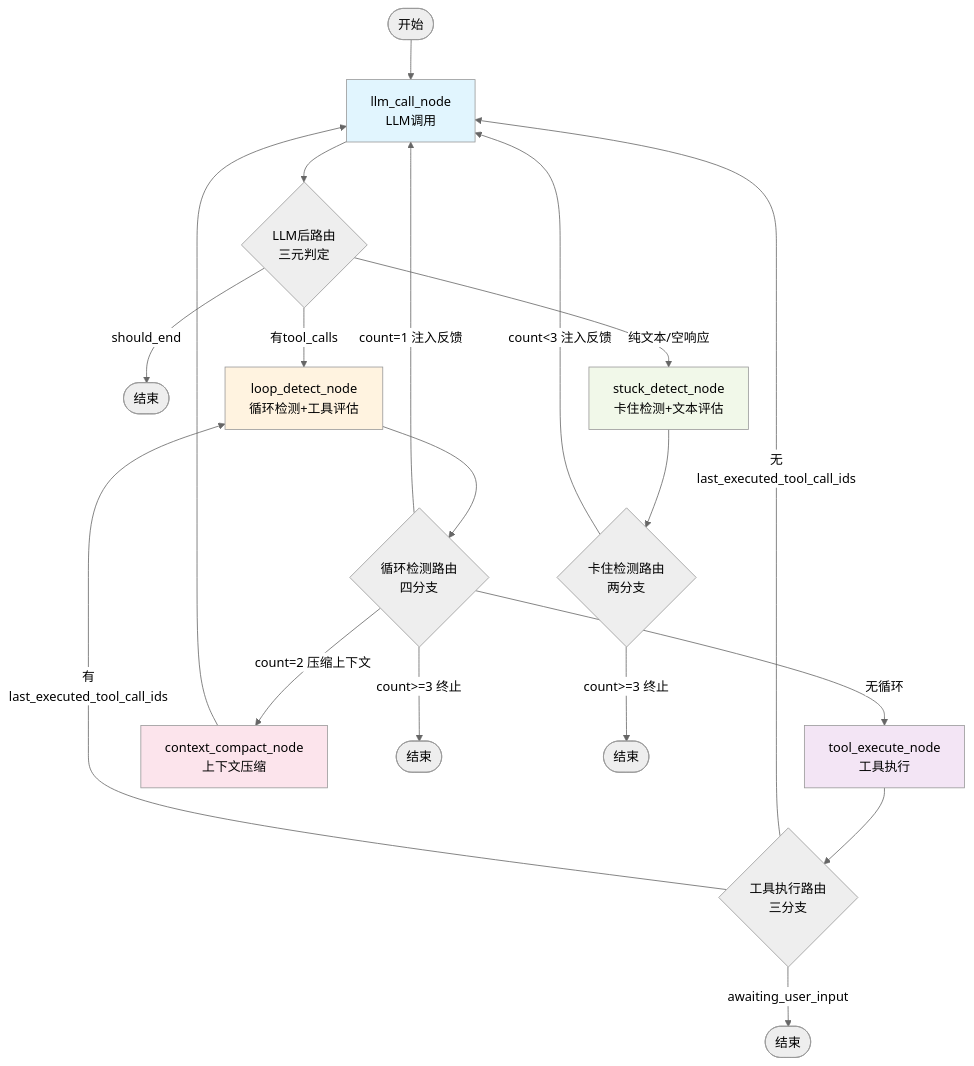
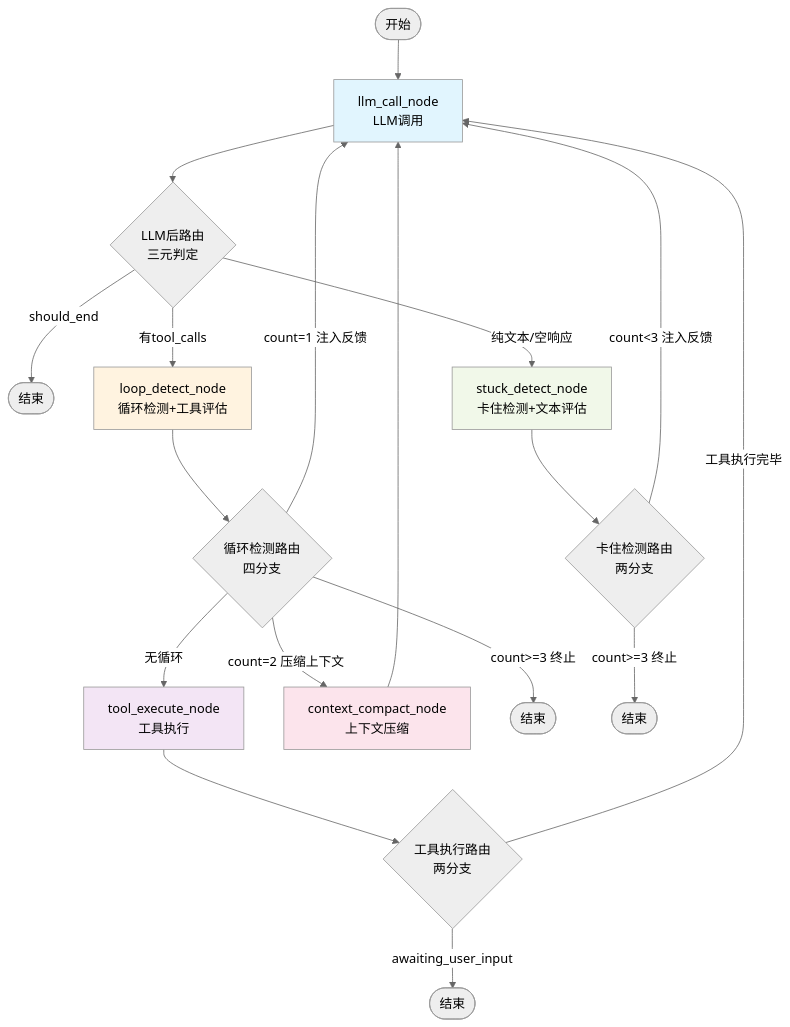
Before and after one commit to solarest/yanyun-agent: the diagram in docs/langgraph-workflow.md, drawn with Mermaid (neutral theme). The commit also changed other lines of this file and 15 other files, not shown here.

````diff
--- a/docs/langgraph-workflow.md
+++ b/docs/langgraph-workflow.md
@@ -11,33 +11,32 @@
 ```mermaid
 graph TB
     Start([开始]) --> llm_call["llm_call_node<br/>LLM调用"]
     
     llm_call --> route_after_llm{LLM后路由<br/>三元判定}
     
     route_after_llm -->|should_end| End0([结束])
     route_after_llm -->|有tool_calls| loop_detect["loop_detect_node<br/>循环检测+工具评估"]
     route_after_llm -->|纯文本/空响应| stuck_detect["stuck_detect_node<br/>卡住检测+文本评估"]
     
     loop_detect --> route_loop{循环检测路由<br/>四分支}
     route_loop -->|无循环| tool_execute["tool_execute_node<br/>工具执行"]
     route_loop -->|count=1 注入反馈| llm_call
     route_loop -->|count=2 压缩上下文| context_compact["context_compact_node<br/>上下文压缩"]
     route_loop -->|count>=3 终止| End1([结束])
     
-    tool_execute --> route_tool{工具执行路由<br/>三分支}
+    tool_execute --> route_tool{工具执行路由<br/>两分支}
     route_tool -->|awaiting_user_input| End2([结束])
-    route_tool -->|无last_executed_tool_call_ids| llm_call
-    route_tool -->|有last_executed_tool_call_ids| loop_detect
+    route_tool -->|工具执行完毕| llm_call
 
     stuck_detect --> route_stuck{卡住检测路由<br/>两分支}
     route_stuck -->|count<3 注入反馈| llm_call
     route_stuck -->|count>=3 终止| End3([结束])
     
     context_compact --> llm_call
     
     style llm_call fill:#e1f5fe
     style tool_execute fill:#f3e5f5
     style loop_detect fill:#fff3e0
     style context_compact fill:#fce4ec
     style stuck_detect fill:#f1f8e9
 ```
````
